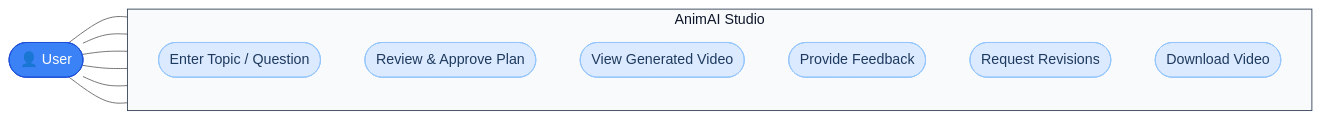
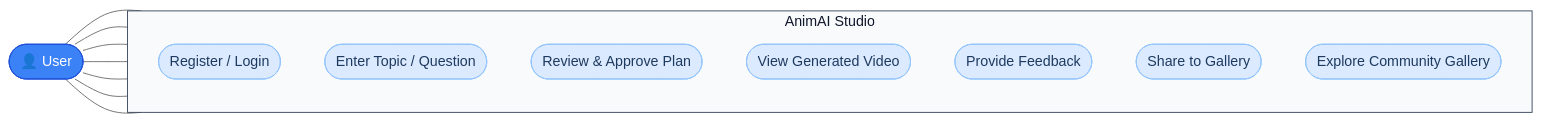
One commit to Manish-Sharma26/AnimAi changed the fourth of 11 diagrams in PROJECT_REPORT.md. Above: the diagram before and after it, drawn with Mermaid (neutral theme). The commit also changed other lines of this file and 17 other files, not shown here.

````diff
--- a/PROJECT_REPORT.md
+++ b/PROJECT_REPORT.md
@@ -684,30 +835,33 @@
 ```mermaid
 flowchart LR
     USER(["👤 User"])
 
     subgraph SYS[" AnimAI Studio "]
         direction TB
+        UC0(["Register / Login"])
         UC1(["Enter Topic / Question"])
         UC2(["Review & Approve Plan"])
         UC3(["View Generated Video"])
         UC4(["Provide Feedback"])
-        UC5(["Request Revisions"])
-        UC6(["Download Video"])
+        UC5(["Share to Gallery"])
+        UC6(["Explore Community Gallery"])
     end
 
+    USER --- UC0
     USER --- UC1
     USER --- UC2
     USER --- UC3
     USER --- UC4
     USER --- UC5
     USER --- UC6
 
     style SYS fill:#f8fafc,stroke:#334155,color:#0f172a
     style USER fill:#3b82f6,color:#fff,stroke:#1d4ed8
+    style UC0 fill:#dbeafe,stroke:#93c5fd,color:#1e3a5f
     style UC1 fill:#dbeafe,stroke:#93c5fd,color:#1e3a5f
     style UC2 fill:#dbeafe,stroke:#93c5fd,color:#1e3a5f
     style UC3 fill:#dbeafe,stroke:#93c5fd,color:#1e3a5f
     style UC4 fill:#dbeafe,stroke:#93c5fd,color:#1e3a5f
     style UC5 fill:#dbeafe,stroke:#93c5fd,color:#1e3a5f
     style UC6 fill:#dbeafe,stroke:#93c5fd,color:#1e3a5f
 ```
````
